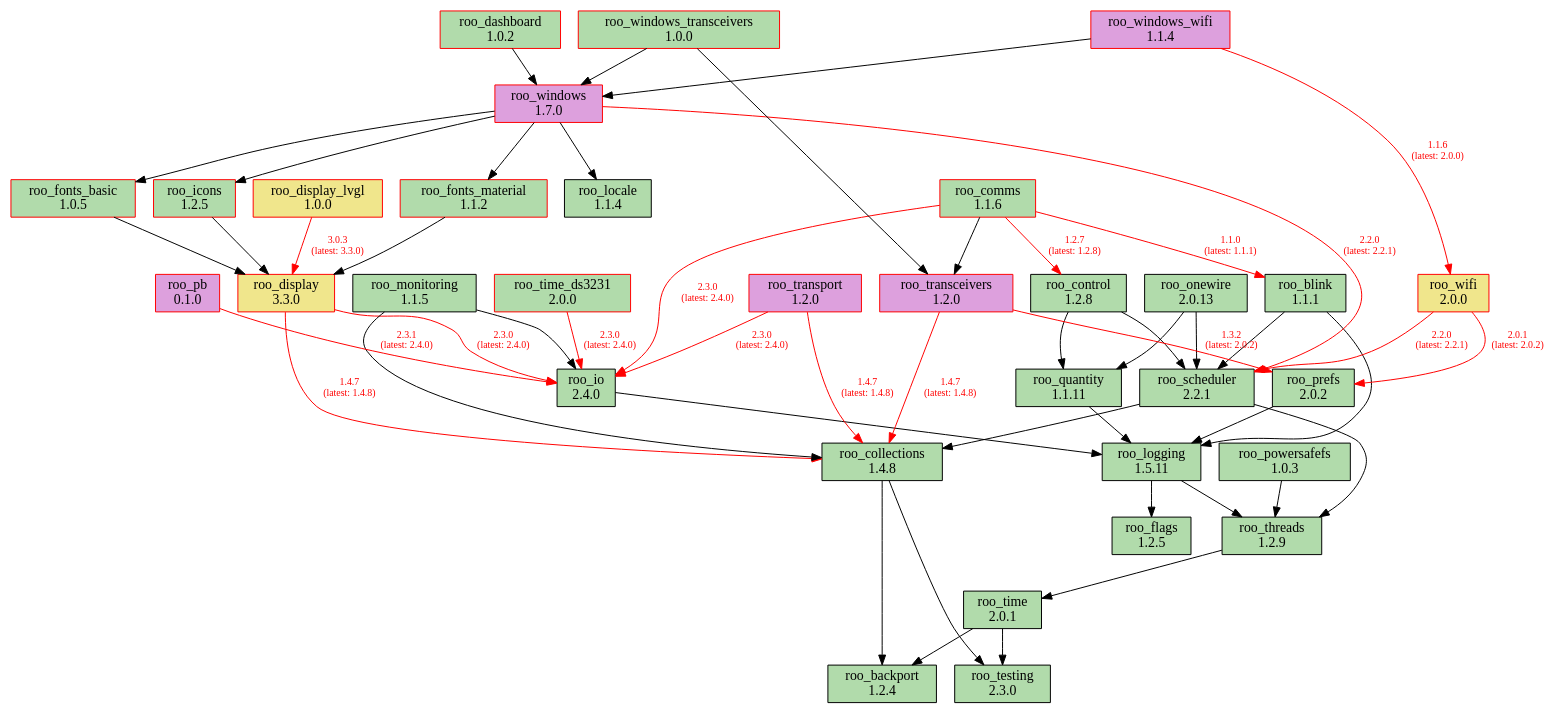
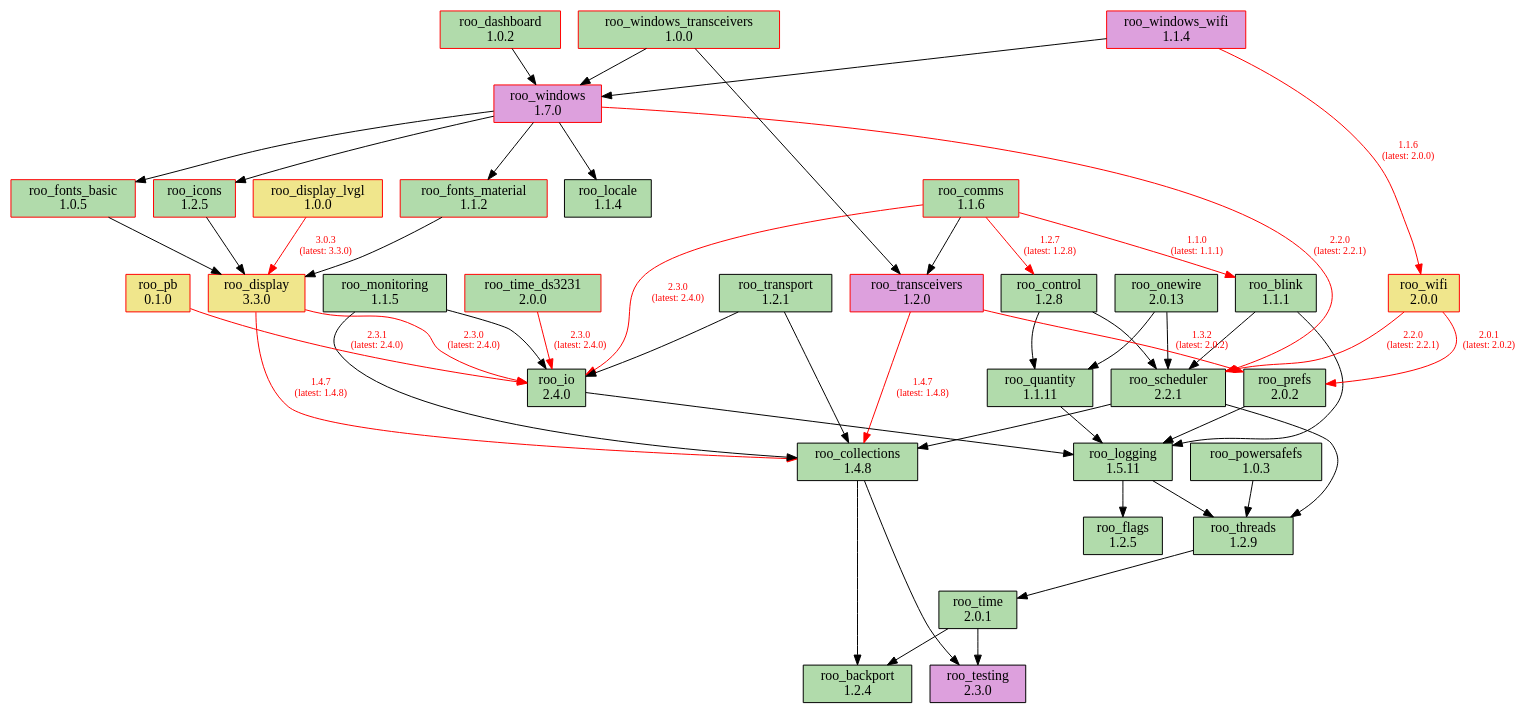
The diagram in doc/dependencies.dot (dejwk/roo-registry), drawn with Graphviz before and after one commit. The commit also changed 3 other files, not shown here.

Commit message:
Added roo_transport 1.2.1 to the registry.

```diff
--- a/doc/dependencies.dot
+++ b/doc/dependencies.dot
@@ -1,90 +1,90 @@
 digraph dependencies {
     rankdir=TB;
     node [shape=box, style=filled];
     edge [fontsize=10];
 
     // Modules
     "roo_backport" [label="roo_backport\n1.2.4", fillcolor="#b1dbab", color="black"];
     "roo_blink" [label="roo_blink\n1.1.1", fillcolor="#b1dbab", color="black"];
     "roo_collections" [label="roo_collections\n1.4.8", fillcolor="#b1dbab", color="black"];
     "roo_comms" [label="roo_comms\n1.1.6", fillcolor="#b1dbab", color="red"];
     "roo_control" [label="roo_control\n1.2.8", fillcolor="#b1dbab", color="black"];
     "roo_dashboard" [label="roo_dashboard\n1.0.2", fillcolor="#b1dbab", color="red"];
     "roo_display" [label="roo_display\n3.3.0", fillcolor="khaki", color="red"];
     "roo_display_lvgl" [label="roo_display_lvgl\n1.0.0", fillcolor="khaki", color="red"];
     "roo_flags" [label="roo_flags\n1.2.5", fillcolor="#b1dbab", color="black"];
     "roo_fonts_basic" [label="roo_fonts_basic\n1.0.5", fillcolor="#b1dbab", color="red"];
     "roo_fonts_material" [label="roo_fonts_material\n1.1.2", fillcolor="#b1dbab", color="red"];
     "roo_icons" [label="roo_icons\n1.2.5", fillcolor="#b1dbab", color="red"];
     "roo_io" [label="roo_io\n2.4.0", fillcolor="#b1dbab", color="black"];
     "roo_locale" [label="roo_locale\n1.1.4", fillcolor="#b1dbab", color="black"];
     "roo_logging" [label="roo_logging\n1.5.11", fillcolor="#b1dbab", color="black"];
     "roo_monitoring" [label="roo_monitoring\n1.1.5", fillcolor="#b1dbab", color="black"];
     "roo_onewire" [label="roo_onewire\n2.0.13", fillcolor="#b1dbab", color="black"];
-    "roo_pb" [label="roo_pb\n0.1.0", fillcolor="plum", color="red"];
+    "roo_pb" [label="roo_pb\n0.1.0", fillcolor="khaki", color="red"];
     "roo_powersafefs" [label="roo_powersafefs\n1.0.3", fillcolor="#b1dbab", color="black"];
     "roo_prefs" [label="roo_prefs\n2.0.2", fillcolor="#b1dbab", color="black"];
     "roo_quantity" [label="roo_quantity\n1.1.11", fillcolor="#b1dbab", color="black"];
     "roo_scheduler" [label="roo_scheduler\n2.2.1", fillcolor="#b1dbab", color="black"];
-    "roo_testing" [label="roo_testing\n2.3.0", fillcolor="#b1dbab", color="black"];
+    "roo_testing" [label="roo_testing\n2.3.0", fillcolor="plum", color="black"];
     "roo_threads" [label="roo_threads\n1.2.9", fillcolor="#b1dbab", color="black"];
     "roo_time" [label="roo_time\n2.0.1", fillcolor="#b1dbab", color="black"];
     "roo_time_ds3231" [label="roo_time_ds3231\n2.0.0", fillcolor="#b1dbab", color="red"];
     "roo_transceivers" [label="roo_transceivers\n1.2.0", fillcolor="plum", color="red"];
-    "roo_transport" [label="roo_transport\n1.2.0", fillcolor="plum", color="red"];
+    "roo_transport" [label="roo_transport\n1.2.1", fillcolor="#b1dbab", color="black"];
     "roo_wifi" [label="roo_wifi\n2.0.0", fillcolor="khaki", color="red"];
     "roo_windows" [label="roo_windows\n1.7.0", fillcolor="plum", color="red"];
     "roo_windows_transceivers" [label="roo_windows_transceivers\n1.0.0", fillcolor="#b1dbab", color="red"];
     "roo_windows_wifi" [label="roo_windows_wifi\n1.1.4", fillcolor="plum", color="red"];
 
     // Dependencies
     "roo_blink" -> "roo_logging";
     "roo_blink" -> "roo_scheduler";
     "roo_collections" -> "roo_testing";
     "roo_collections" -> "roo_backport";
     "roo_comms" -> "roo_blink" [color=red, fontcolor=red, label="1.1.0\n(latest: 1.1.1)"];
     "roo_comms" -> "roo_control" [color=red, fontcolor=red, label="1.2.7\n(latest: 1.2.8)"];
     "roo_comms" -> "roo_io" [color=red, fontcolor=red, label="2.3.0\n(latest: 2.4.0)"];
     "roo_comms" -> "roo_transceivers";
     "roo_control" -> "roo_quantity";
     "roo_control" -> "roo_scheduler";
     "roo_dashboard" -> "roo_windows";
     "roo_display" -> "roo_collections" [color=red, fontcolor=red, label="1.4.7\n(latest: 1.4.8)"];
     "roo_display" -> "roo_io" [color=red, fontcolor=red, label="2.3.0\n(latest: 2.4.0)"];
     "roo_display_lvgl" -> "roo_display" [color=red, fontcolor=red, label="3.0.3\n(latest: 3.3.0)"];
     "roo_fonts_basic" -> "roo_display";
     "roo_fonts_material" -> "roo_display";
     "roo_icons" -> "roo_display";
     "roo_io" -> "roo_logging";
     "roo_logging" -> "roo_flags";
     "roo_logging" -> "roo_threads";
     "roo_monitoring" -> "roo_collections";
     "roo_monitoring" -> "roo_io";
     "roo_onewire" -> "roo_scheduler";
     "roo_onewire" -> "roo_quantity";
     "roo_pb" -> "roo_io" [color=red, fontcolor=red, label="2.3.1\n(latest: 2.4.0)"];
     "roo_powersafefs" -> "roo_threads";
     "roo_prefs" -> "roo_logging";
     "roo_quantity" -> "roo_logging";
     "roo_scheduler" -> "roo_collections";
     "roo_scheduler" -> "roo_threads";
     "roo_threads" -> "roo_time";
     "roo_time" -> "roo_testing";
     "roo_time" -> "roo_backport";
     "roo_time_ds3231" -> "roo_io" [color=red, fontcolor=red, label="2.3.0\n(latest: 2.4.0)"];
     "roo_transceivers" -> "roo_collections" [color=red, fontcolor=red, label="1.4.7\n(latest: 1.4.8)"];
     "roo_transceivers" -> "roo_prefs" [color=red, fontcolor=red, label="1.3.2\n(latest: 2.0.2)"];
-    "roo_transport" -> "roo_collections" [color=red, fontcolor=red, label="1.4.7\n(latest: 1.4.8)"];
-    "roo_transport" -> "roo_io" [color=red, fontcolor=red, label="2.3.0\n(latest: 2.4.0)"];
+    "roo_transport" -> "roo_collections";
+    "roo_transport" -> "roo_io";
     "roo_wifi" -> "roo_prefs" [color=red, fontcolor=red, label="2.0.1\n(latest: 2.0.2)"];
     "roo_wifi" -> "roo_scheduler" [color=red, fontcolor=red, label="2.2.0\n(latest: 2.2.1)"];
     "roo_windows" -> "roo_fonts_basic";
     "roo_windows" -> "roo_fonts_material";
     "roo_windows" -> "roo_locale";
     "roo_windows" -> "roo_icons";
     "roo_windows" -> "roo_scheduler" [color=red, fontcolor=red, label="2.2.0\n(latest: 2.2.1)"];
     "roo_windows_transceivers" -> "roo_transceivers";
     "roo_windows_transceivers" -> "roo_windows";
     "roo_windows_wifi" -> "roo_wifi" [color=red, fontcolor=red, label="1.1.6\n(latest: 2.0.0)"];
     "roo_windows_wifi" -> "roo_windows";
 }
```
